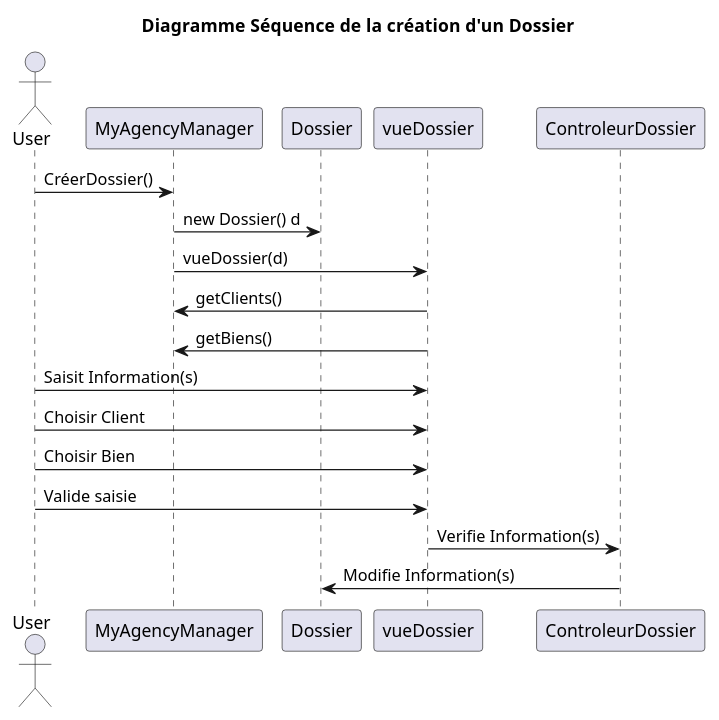
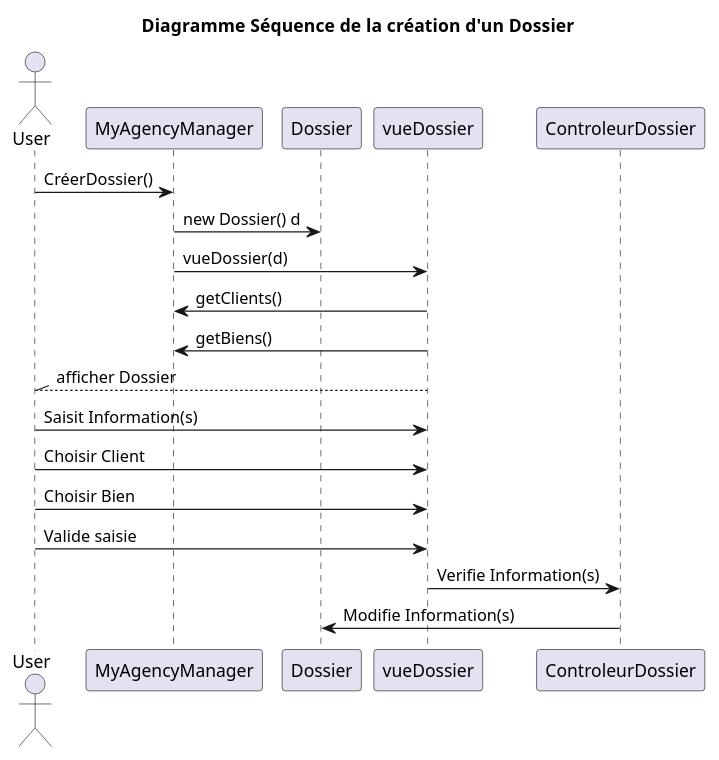
Before and after one commit to Arnaud-Sibade-Tlse/ProjetUML_Miashs: the diagram in DossierConception/SeqCreerDossier.pu, drawn with PlantUML. The commit also changed 1 other file, not shown here.

Commit message:
SEQUENCE, retour vue

```diff
--- a/DossierConception/SeqCreerDossier.pu
+++ b/DossierConception/SeqCreerDossier.pu
@@ -1,23 +1,25 @@
 @startuml
 
 title Diagramme Séquence de la création  d'un Dossier
 
 actor User as U
 U -> MyAgencyManager :CréerDossier()
 
 MyAgencyManager -> Dossier :new Dossier() d
 MyAgencyManager -> vueDossier : vueDossier(d)
 
 vueDossier -> MyAgencyManager : getClients()
 vueDossier -> MyAgencyManager : getBiens()
 
+U //-- vueDossier :afficher Dossier
+
 U -> vueDossier :Saisit Information(s)
 U -> vueDossier :Choisir Client
 U -> vueDossier :Choisir Bien
 
 U -> vueDossier :Valide saisie
 
 vueDossier -> ControleurDossier :Verifie Information(s)
 
 ControleurDossier -> Dossier :Modifie Information(s)
 @enduml
```
